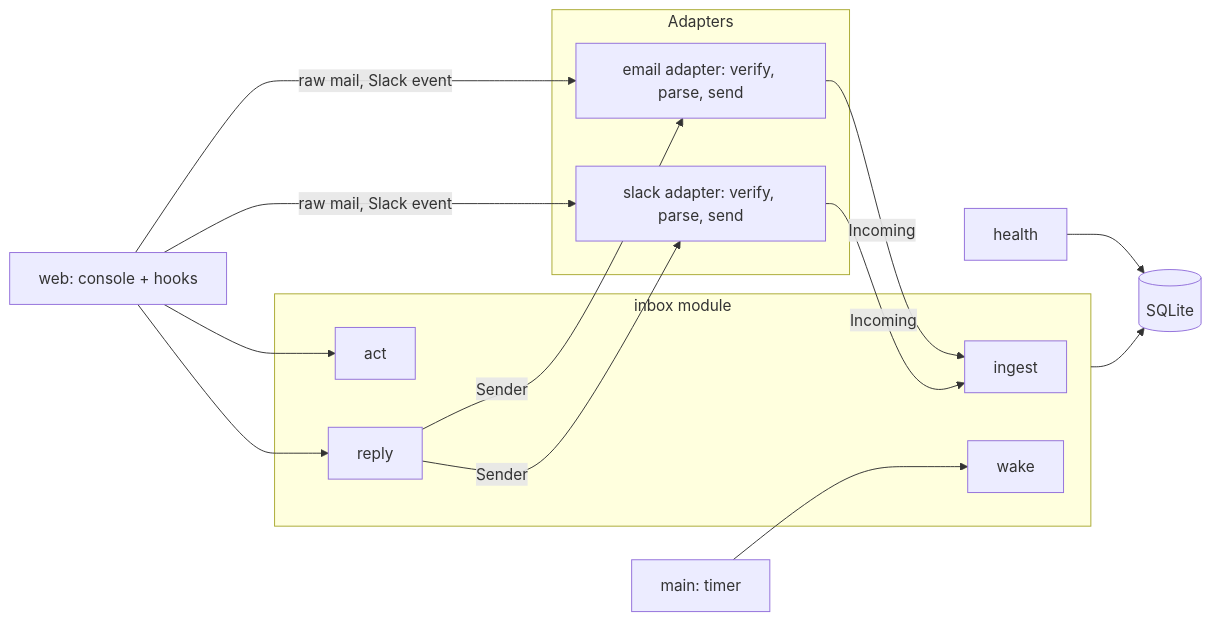
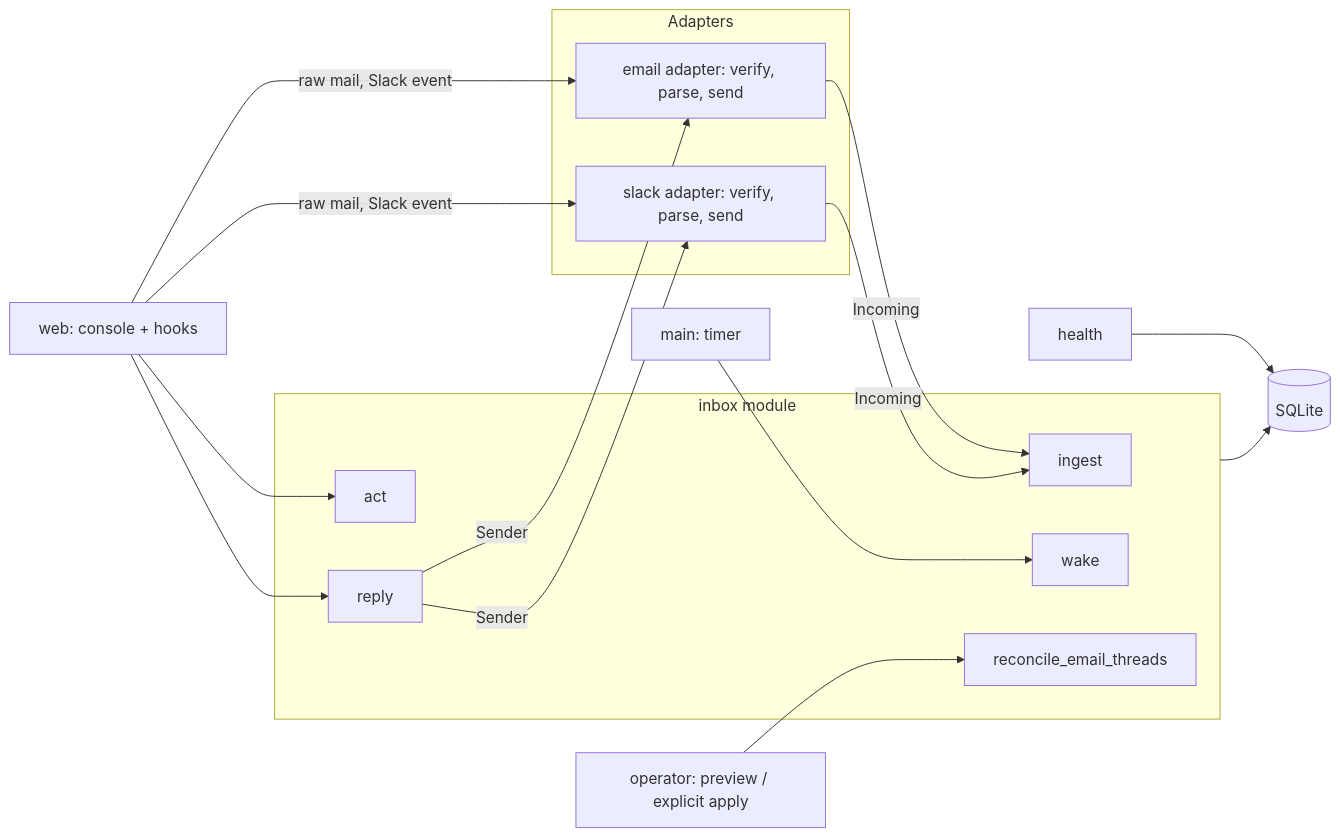
The first of 2 diagrams in docs/design/api-and-database.md (JMLegere/comms-terminal), drawn with Mermaid before and after one commit. The commit also changed other lines of this file and 12 other files, not shown here.

Commit message:
Reconcile email threads by exact references while preserving history and drafts

````diff
--- a/docs/design/api-and-database.md
+++ b/docs/design/api-and-database.md
@@ -11,23 +11,25 @@
 ```mermaid
 flowchart LR
   subgraph Adapters
     EM[email adapter: verify, parse, send]
     SK[slack adapter: verify, parse, send]
   end
   subgraph inbox[inbox module]
     I1[ingest]
     I2[act]
     I3[reply]
     I4[wake]
+    I5[reconcile_email_threads]
   end
   DB[(SQLite)]
   WEB[web: console + hooks]
   HL[health]
   WEB -->|raw mail, Slack event| EM & SK
   EM & SK -->|Incoming| I1
   WEB --> I2 & I3
   I3 -->|Sender| EM & SK
   MAIN[main: timer] --> I4
+  OP[operator: preview / explicit apply] --> I5
   inbox --> DB
   HL --> DB
 ```
````
